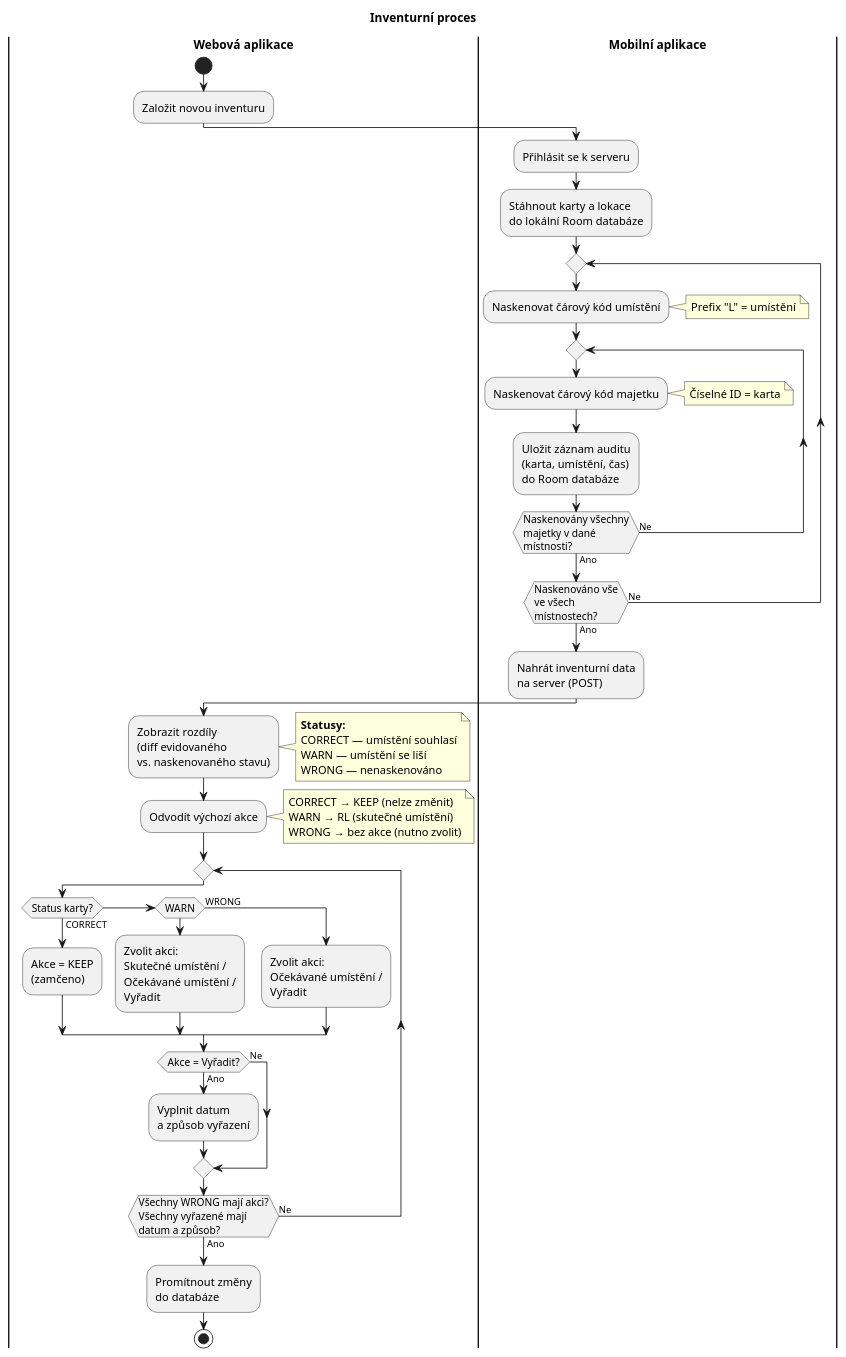
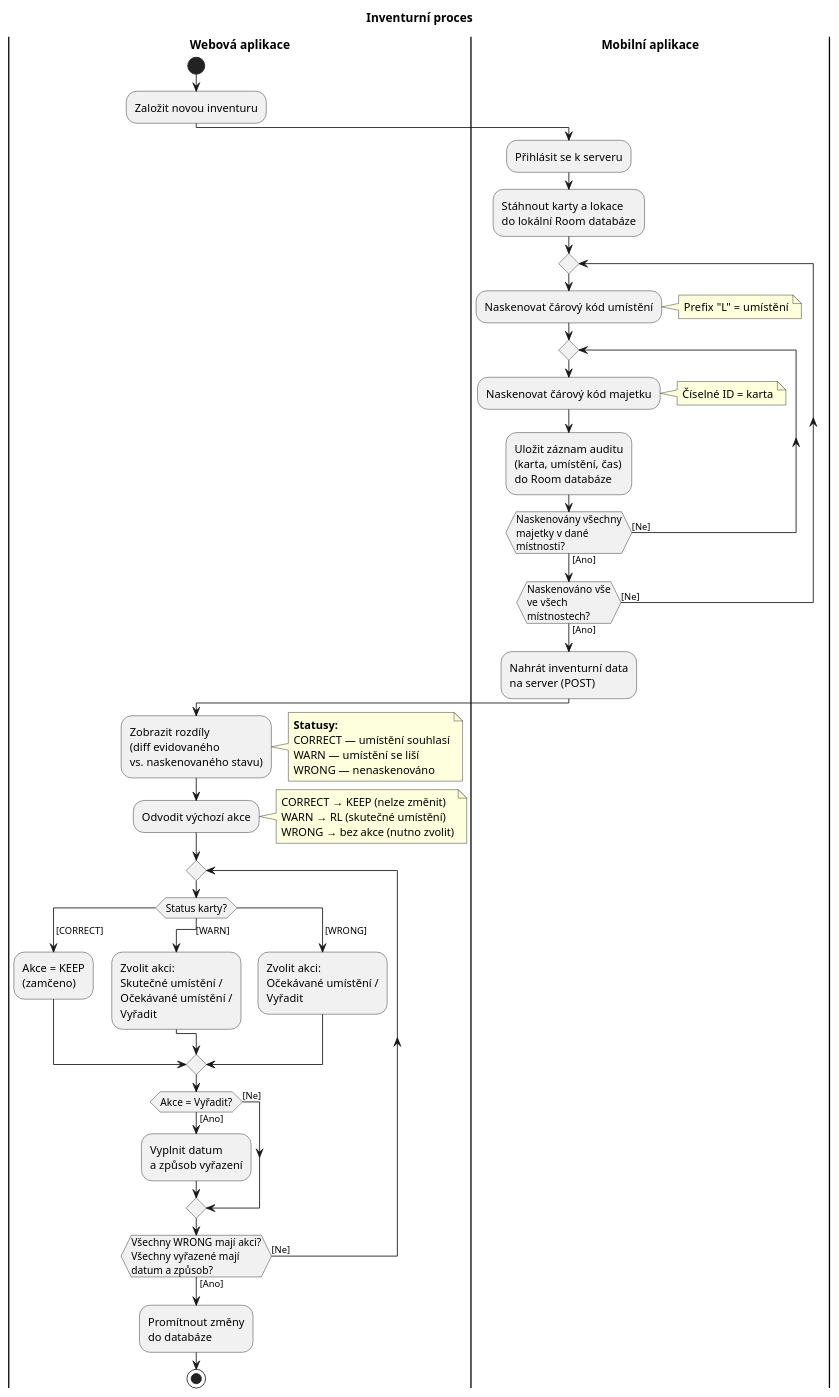
The diagram in thesis/diagrams/activity-inventory.puml (ondrasovka04/majetek), drawn with PlantUML before and after one commit. The commit also changed 10 other files, not shown here.

First line of the commit message:
supervisor feedback: chapters 3-5, terminology, diagrams

```diff
--- a/thesis/diagrams/activity-inventory.puml
+++ b/thesis/diagrams/activity-inventory.puml
@@ -1,64 +1,65 @@
 @startuml activity-inventory
 skinparam activityFontSize 13
 skinparam activityDiamondFontSize 12
 skinparam swimlaneTitleFontSize 14
 skinparam swimlaneTitleFontStyle bold
 
 title Inventurní proces
 
 |Webová aplikace|
 start
 :Založit novou inventuru;
 
 |Mobilní aplikace|
 :Přihlásit se k serveru;
 :Stáhnout karty a lokace\ndo lokální Room databáze;
 
 repeat
   :Naskenovat čárový kód umístění;
   note right: Prefix "L" = umístění
   repeat
     :Naskenovat čárový kód majetku;
     note right: Číselné ID = karta
     :Uložit záznam auditu\n(karta, umístění, čas)\ndo Room databáze;
-  repeat while (Naskenovány všechny\nmajetky v dané\nmístnosti?) is (Ne) not (Ano)
-repeat while (Naskenováno vše\nve všech\nmístnostech?) is (Ne) not (Ano)
+  repeat while (Naskenovány všechny\nmajetky v dané\nmístnosti?) is ([Ne]) not ([Ano])
+repeat while (Naskenováno vše\nve všech\nmístnostech?) is ([Ne]) not ([Ano])
 
 :Nahrát inventurní data\nna server (POST);
 
 |Webová aplikace|
 :Zobrazit rozdíly\n(diff evidovaného\nvs. naskenovaného stavu);
 
 note right
   **Statusy:**
   CORRECT — umístění souhlasí
   WARN — umístění se liší
   WRONG — nenaskenováno
 end note
 
 :Odvodit výchozí akce;
 note right
   CORRECT → KEEP (nelze změnit)
   WARN → RL (skutečné umístění)
   WRONG → bez akce (nutno zvolit)
 end note
 
 repeat
-  if (Status karty?) then (CORRECT)
+  switch (Status karty?)
+  case ( [CORRECT])
     :Akce = KEEP\n(zamčeno);
-  elseif (WARN) then
+  case (        [WARN])
     :Zvolit akci:\nSkutečné umístění /\nOčekávané umístění /\nVyřadit;
-  else (WRONG)
+  case ( [WRONG])
     :Zvolit akci:\nOčekávané umístění /\nVyřadit;
+  endswitch
+  if (Akce = Vyřadit?) then ([Ano])
+    :Vyplnit datum\na způsob vyřazení;
+  else ([Ne])
   endif
-  if (Akce = Vyřadit?) then (Ano)
-    :Vyplnit datum\na způsob vyřazení;
-  else (Ne)
-  endif
-repeat while (Všechny WRONG mají akci?\nVšechny vyřazené mají\ndatum a způsob?) is (Ne) not (Ano)
+repeat while (Všechny WRONG mají akci?\nVšechny vyřazené mají\ndatum a způsob?) is ([Ne]) not ([Ano])
 
 
 :Promítnout změny\ndo databáze;
 stop
 
 @enduml
```
